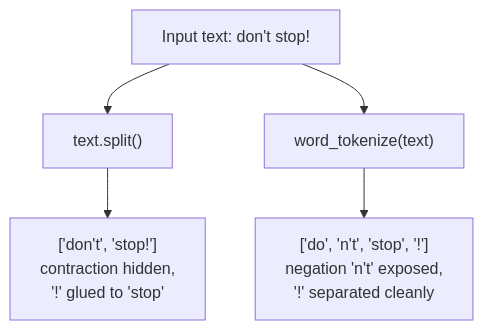
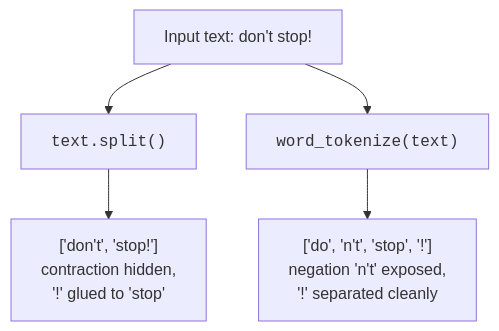
One commit to dataslope/dataslope changed the first of 2 diagrams in content/learn/natural-language-processing-python/tokenization.mdx. Above: the diagram before and after it, drawn with Mermaid. The commit also changed other lines of this file and 218 other files, not shown here.

First line of the commit message:
Render code-only mermaid shapes in monospace; convert step sequences to Steps (#467)

````diff
--- a/content/learn/natural-language-processing-python/tokenization.mdx
+++ b/content/learn/natural-language-processing-python/tokenization.mdx
@@ -31,8 +31,8 @@
 ```mermaid
 flowchart TB
     S["Input text: don't stop!"]
-    S --> SP["text.split()"]
-    S --> TK["word_tokenize(text)"]
+    S --> SP["<code>text.split()</code>"]
+    S --> TK["<code>word_tokenize(text)</code>"]
     SP --> SP1["['don't', 'stop!']<br/>contraction hidden,<br/>'!' glued to 'stop'"]
     TK --> TK1["['do', 'n't', 'stop', '!']<br/>negation 'n't' exposed,<br/>'!' separated cleanly"]
 ```
````
